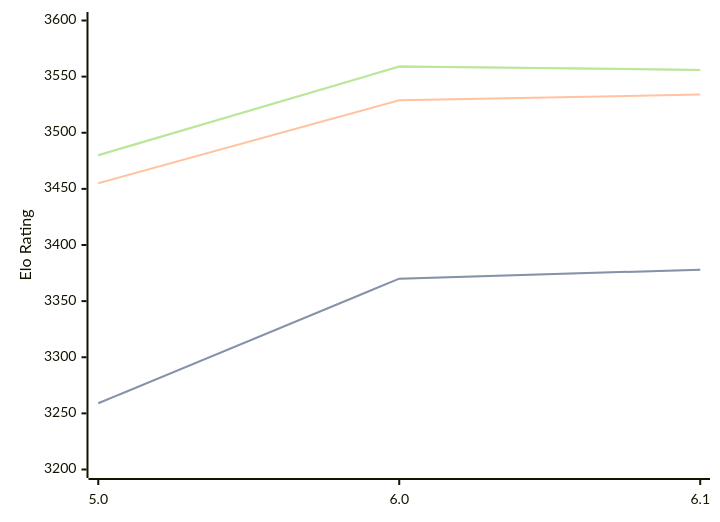
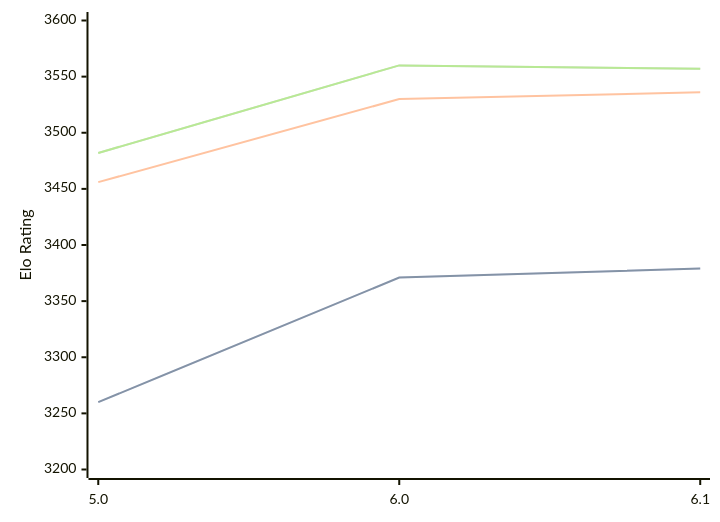
Before and after one commit to computer-chess-index/cci: the diagram in engines/Starzix.md, drawn with Mermaid. The commit also changed other lines of this file, not shown here.

Commit message:
Update CCI Ratings (ELO VLTC) - 2026-05-12

````diff
--- a/engines/Starzix.md
+++ b/engines/Starzix.md
@@ -37,11 +37,11 @@
 ```mermaid
 %%{init: {"theme":"base","themeVariables":{"seriesColors:['#a3a3a3','#222221','#faa371']}}}%%
 xychart-beta
   x-axis ["5.0", "6.0", "6.1"]
   y-axis "Elo Rating" 3200 --> 3600
-  line "STC (8.0+0.08s)" [3259, 3370, 3378]
-  line "STC (8.0+0.08s)" [3259, 3370, 3378]
-  line "LTC (60.0+0.60s)" [3455, 3529, 3534]
-  line "VLTC (2m24s+1.12s)" [3480, 3559, 3556]
-  line "VLTC (2m24s+1.12s)" [3480, 3559, 3556]
+  line "STC (8.0+0.08s)" [3260, 3371, 3379]
+  line "STC (8.0+0.08s)" [3260, 3371, 3379]
+  line "LTC (60.0+0.60s)" [3456, 3530, 3536]
+  line "VLTC (2m24s+1.12s)" [3482, 3560, 3557]
+  line "VLTC (2m24s+1.12s)" [3482, 3560, 3557]
 ```
````
